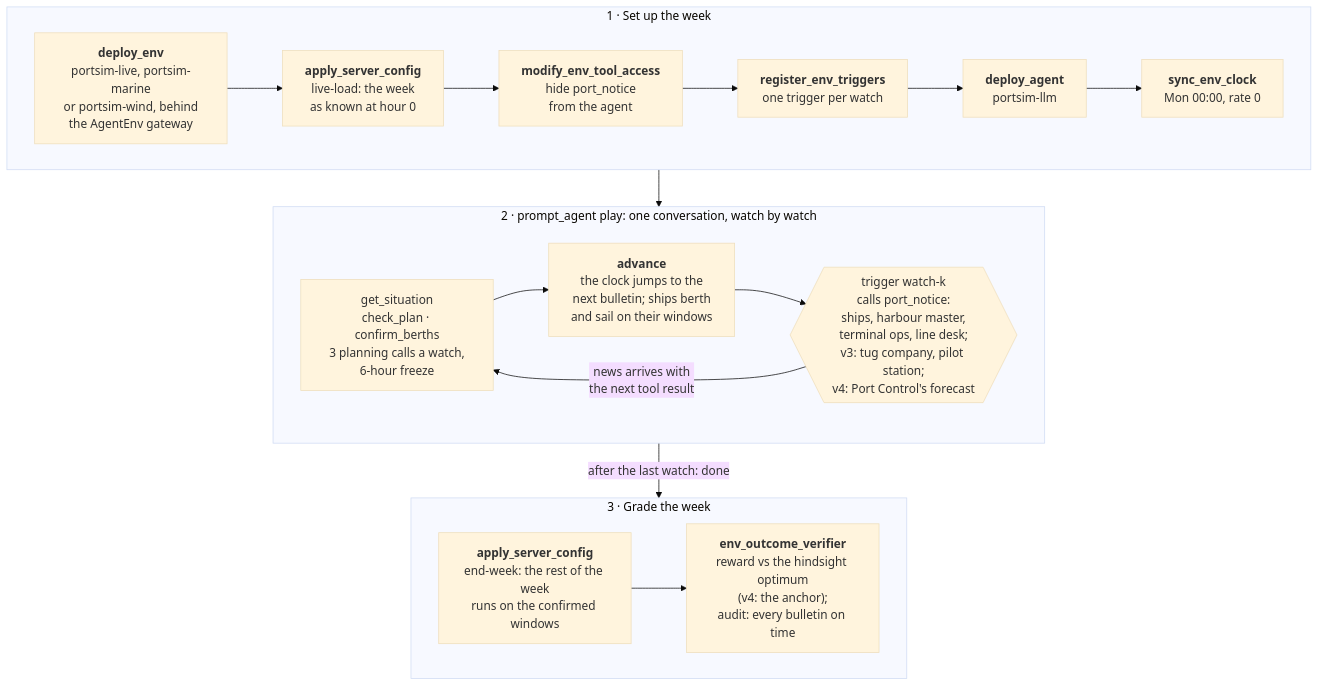
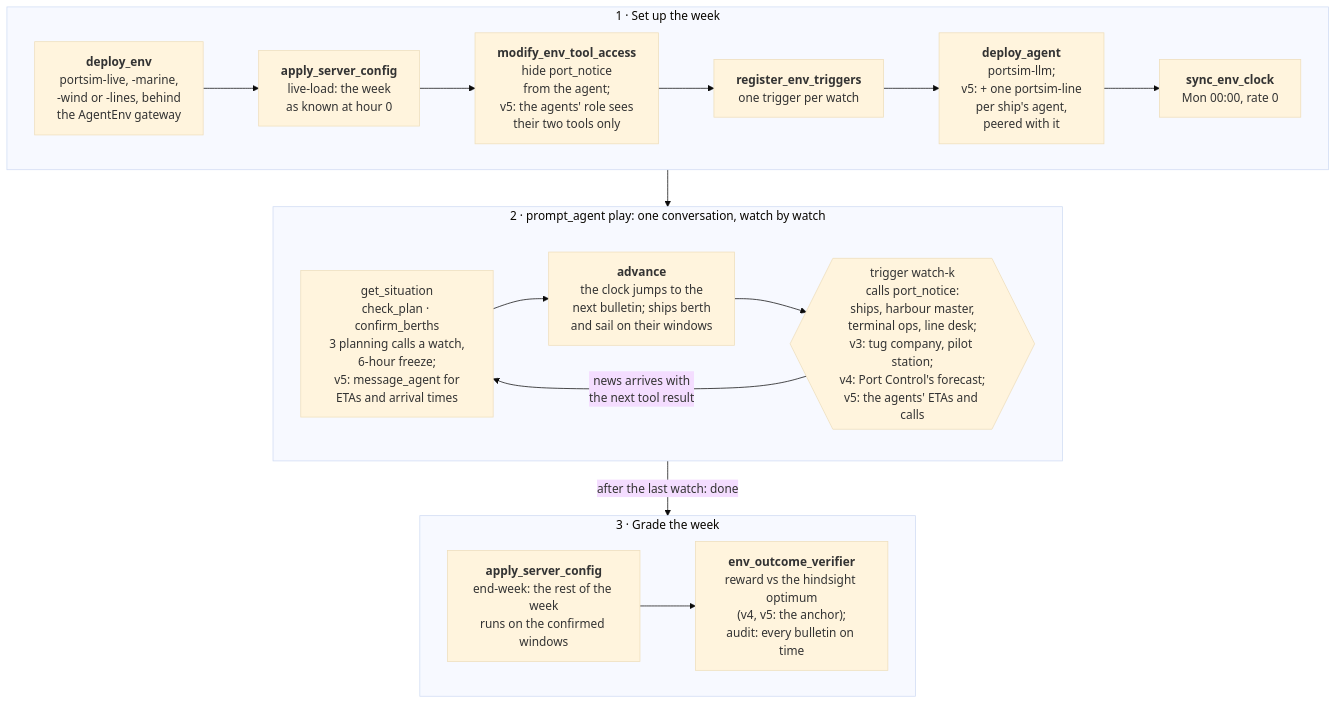
One commit to earakely-scale/agentenv-portsim-plugin changed the diagram in README.md. Above: the diagram before and after it, drawn with Mermaid (base theme). The commit also changed other lines of this file and 62 other files, not shown here.

First line of the commit message:
feat: v5, the lines port: the shipping lines answer back, and version 0.5.0 (#23)

````diff
--- a/README.md
+++ b/README.md
@@ -17,16 +17,16 @@
 ```mermaid
 flowchart TD
   subgraph setup["1 · Set up the week"]
     direction LR
-    deploy["<b>deploy_env</b><br/>portsim-live, portsim-marine<br/>or portsim-wind, behind<br/>the AgentEnv gateway"] --> load["<b>apply_server_config</b><br/>live-load: the week<br/>as known at hour 0"] --> hide["<b>modify_env_tool_access</b><br/>hide port_notice<br/>from the agent"] --> watches["<b>register_env_triggers</b><br/>one trigger per watch"] --> agent["<b>deploy_agent</b><br/>portsim-llm"] --> clock["<b>sync_env_clock</b><br/>Mon 00:00, rate 0"]
+    deploy["<b>deploy_env</b><br/>portsim-live, -marine,<br/>-wind or -lines, behind<br/>the AgentEnv gateway"] --> load["<b>apply_server_config</b><br/>live-load: the week<br/>as known at hour 0"] --> hide["<b>modify_env_tool_access</b><br/>hide port_notice<br/>from the agent;<br/>v5: the agents' role sees<br/>their two tools only"] --> watches["<b>register_env_triggers</b><br/>one trigger per watch"] --> agent["<b>deploy_agent</b><br/>portsim-llm;<br/>v5: + one portsim-line<br/>per ship's agent,<br/>peered with it"] --> clock["<b>sync_env_clock</b><br/>Mon 00:00, rate 0"]
   end
   subgraph play["2 · prompt_agent play: one conversation, watch by watch"]
     direction LR
-    plan["get_situation<br/>check_plan · confirm_berths<br/>3 planning calls a watch,<br/>6-hour freeze"] --> advance["<b>advance</b><br/>the clock jumps to the<br/>next bulletin; ships berth<br/>and sail on their windows"] --> trigger{{"trigger watch-k<br/>calls port_notice:<br/>ships, harbour master,<br/>terminal ops, line desk;<br/>v3: tug company, pilot station;<br/>v4: Port Control's forecast"}} -->|"news arrives with<br/>the next tool result"| plan
+    plan["get_situation<br/>check_plan · confirm_berths<br/>3 planning calls a watch,<br/>6-hour freeze;<br/>v5: message_agent for<br/>ETAs and arrival times"] --> advance["<b>advance</b><br/>the clock jumps to the<br/>next bulletin; ships berth<br/>and sail on their windows"] --> trigger{{"trigger watch-k<br/>calls port_notice:<br/>ships, harbour master,<br/>terminal ops, line desk;<br/>v3: tug company, pilot station;<br/>v4: Port Control's forecast;<br/>v5: the agents' ETAs and calls"}} -->|"news arrives with<br/>the next tool result"| plan
   end
   subgraph finish["3 · Grade the week"]
     direction LR
-    endweek["<b>apply_server_config</b><br/>end-week: the rest of the week<br/>runs on the confirmed windows"] --> grade["<b>env_outcome_verifier</b><br/>reward vs the hindsight optimum<br/>(v4: the anchor);<br/>audit: every bulletin on time"]
+    endweek["<b>apply_server_config</b><br/>end-week: the rest of the week<br/>runs on the confirmed windows"] --> grade["<b>env_outcome_verifier</b><br/>reward vs the hindsight optimum<br/>(v4, v5: the anchor);<br/>audit: every bulletin on time"]
   end
   setup --> play -->|"after the last watch: done"| finish
 ```
````
